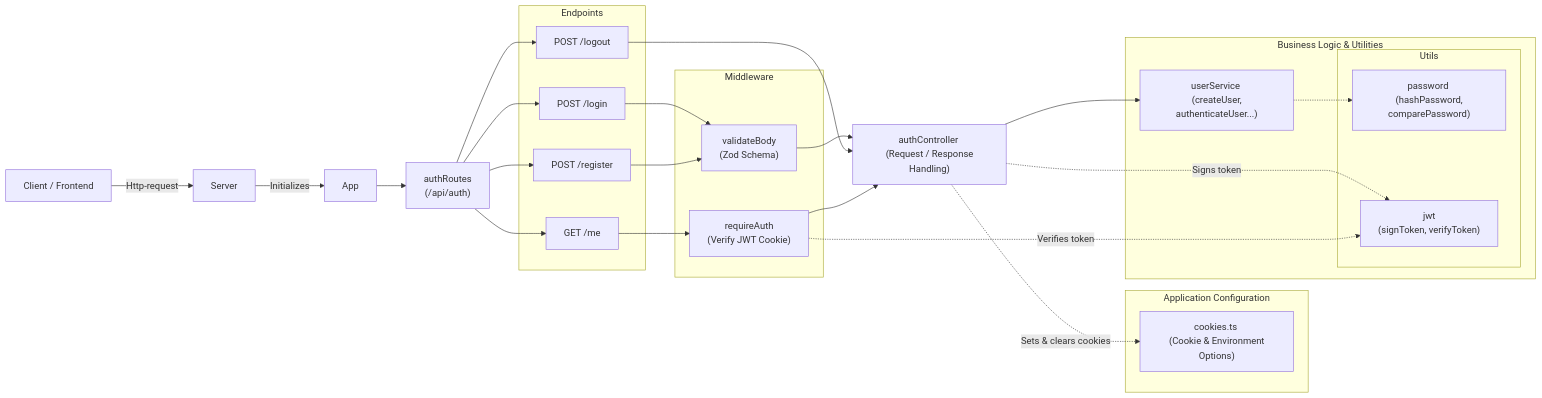
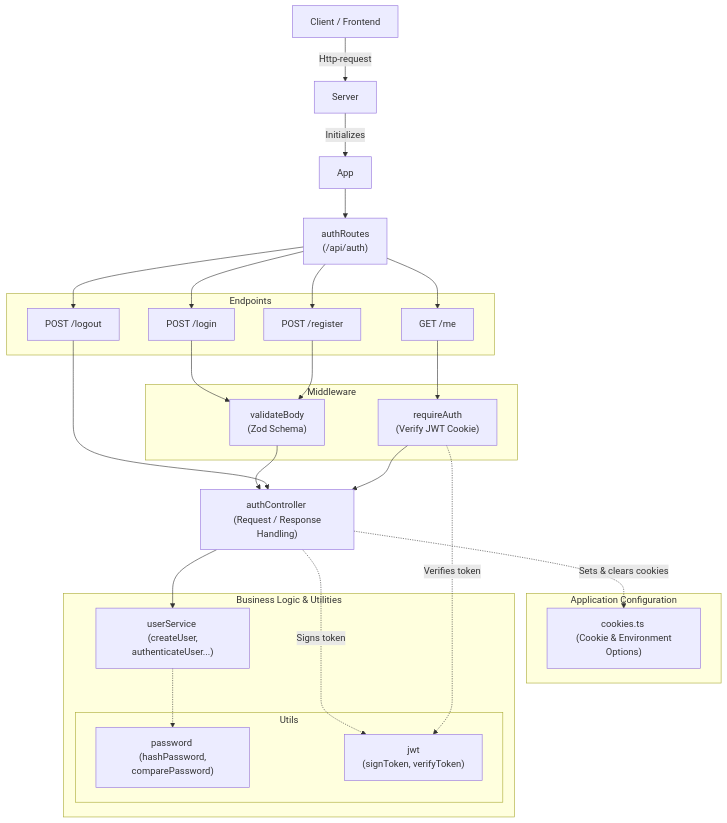
One commit to jannikwk/login-token-authentication changed the diagram in README.md. Above: the diagram before and after it, drawn with Mermaid.

Commit message:
docs: update backend component architecture diagram layout

````diff
--- a/README.md
+++ b/README.md
@@ -15,60 +15,60 @@
 ```mermaid
-graph LR
+graph TD
     Client["Client / Frontend"]
     Server
     App
 
     Client -->|Http-request| Server
     Server -->|Initializes| App
 
     Routes["authRoutes <br> (/api/auth)"]
 
     App --> Routes
 
     subgraph Endpoints
         Login["POST /login"]
         Register["POST /register"]
         Logout["POST /logout"]
         Me["GET /me"]
     end
 
     Routes --> Login
     Routes --> Register
     Routes --> Logout
     Routes --> Me
 
     subgraph Middleware
         ValidateBody["validateBody <br> (Zod Schema)"]
         RequireAuth["requireAuth <br> (Verify JWT Cookie)"]
     end
 
     Login --> ValidateBody
     Register --> ValidateBody
     Me --> RequireAuth
 
     AuthController["authController <br> (Request / Response Handling)"]
 
     ValidateBody --> AuthController
     Logout --> AuthController
     RequireAuth --> AuthController
 
     subgraph Configurations ["Application Configuration"]
         Cookies["cookies.ts <br> (Cookie & Environment Options)"]
     end
 
     AuthController -.->|Sets & clears cookies| Cookies
 
     subgraph Business_Logic["Business Logic & Utilities"]
         UserService["userService <br> (createUser, authenticateUser...)"]
 
         subgraph Utils
             Password["password <br> (hashPassword, comparePassword)"]
             JWT["jwt <br> (signToken, verifyToken)"]
         end
     end
 
     AuthController --> UserService
     UserService -.-> Password
     AuthController -.->|Signs token| JWT
     RequireAuth -.->|Verifies token| JWT
 ```
````
